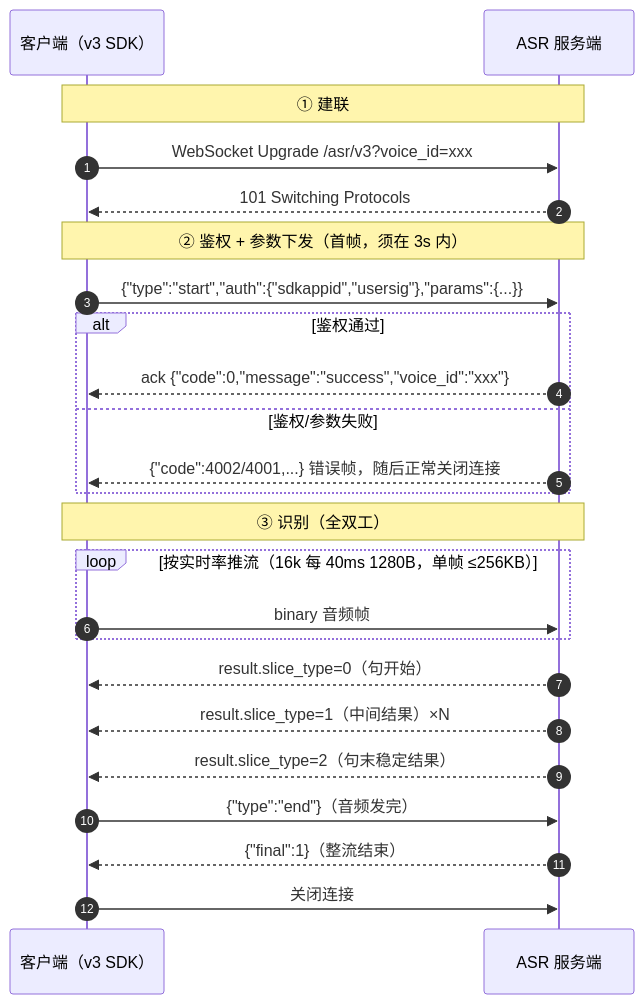
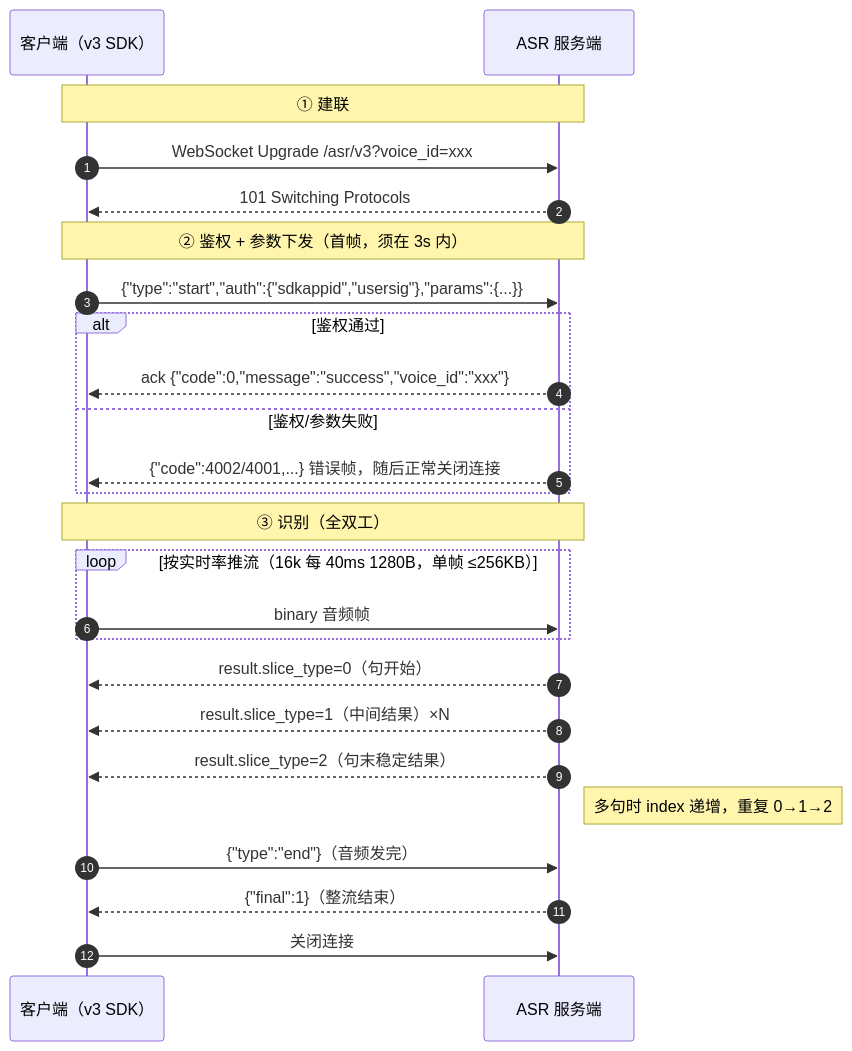
One commit to Tencent-RTC/trtc-asr-sdk-python changed the first of 3 diagrams in README.md. Above: the diagram before and after it, drawn with Mermaid. The commit also changed other lines of this file and 4 other files, not shown here.

````diff
--- a/README.md
+++ b/README.md
@@ -91,30 +91,31 @@
 ```mermaid
 sequenceDiagram
     autonumber
     participant C as 客户端（v3 SDK）
     participant S as ASR 服务端
 
     Note over C,S: ① 建联
     C->>S: WebSocket Upgrade /asr/v3?voice_id=xxx
     S-->>C: 101 Switching Protocols
 
     Note over C,S: ② 鉴权 + 参数下发（首帧，须在 3s 内）
     C->>S: {"type":"start","auth":{"sdkappid","usersig"},"params":{...}}
     alt 鉴权通过
         S-->>C: ack {"code":0,"message":"success","voice_id":"xxx"}
     else 鉴权/参数失败
         S-->>C: {"code":4002/4001,...} 错误帧，随后正常关闭连接
     end
 
     Note over C,S: ③ 识别（全双工）
     loop 按实时率推流（16k 每 40ms 1280B，单帧 ≤256KB）
         C->>S: binary 音频帧
     end
     S-->>C: result.slice_type=0（句开始）
     S-->>C: result.slice_type=1（中间结果）×N
     S-->>C: result.slice_type=2（句末稳定结果）
+    Note right of S: 多句时 index 递增，重复 0→1→2
 
     C->>S: {"type":"end"}（音频发完）
     S-->>C: {"final":1}（整流结束）
     C->>S: 关闭连接
 ```
````
